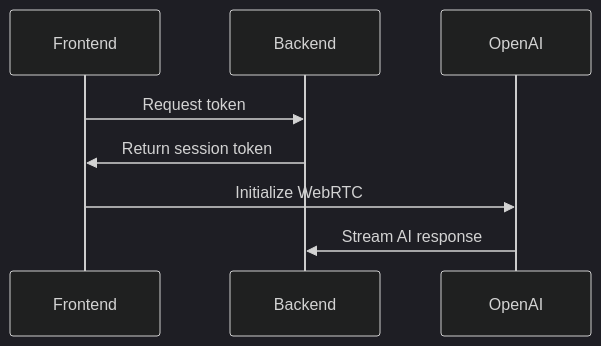
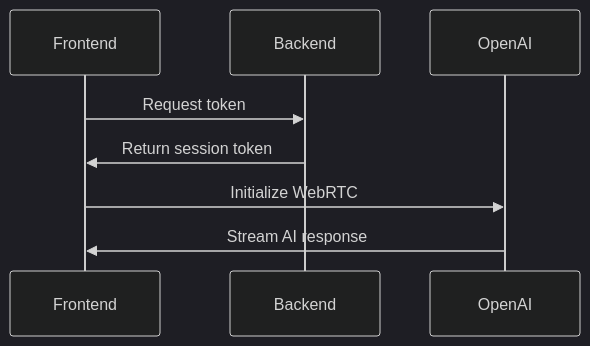
Before and after one commit to xbasset/voxlink: the diagram in docs/architecture.md, drawn with Mermaid (dark theme).

Commit message:
Fix architecture documentation

````diff
--- a/docs/architecture.md
+++ b/docs/architecture.md
@@ -91,8 +91,8 @@
 ```mermaid
 sequenceDiagram
     Frontend->>Backend: Request token
     Backend->>Frontend: Return session token
     Frontend->>OpenAI: Initialize WebRTC
-    OpenAI->>Backend: Stream AI response
+    OpenAI->>Frontend: Stream AI response
     
 ```
````
